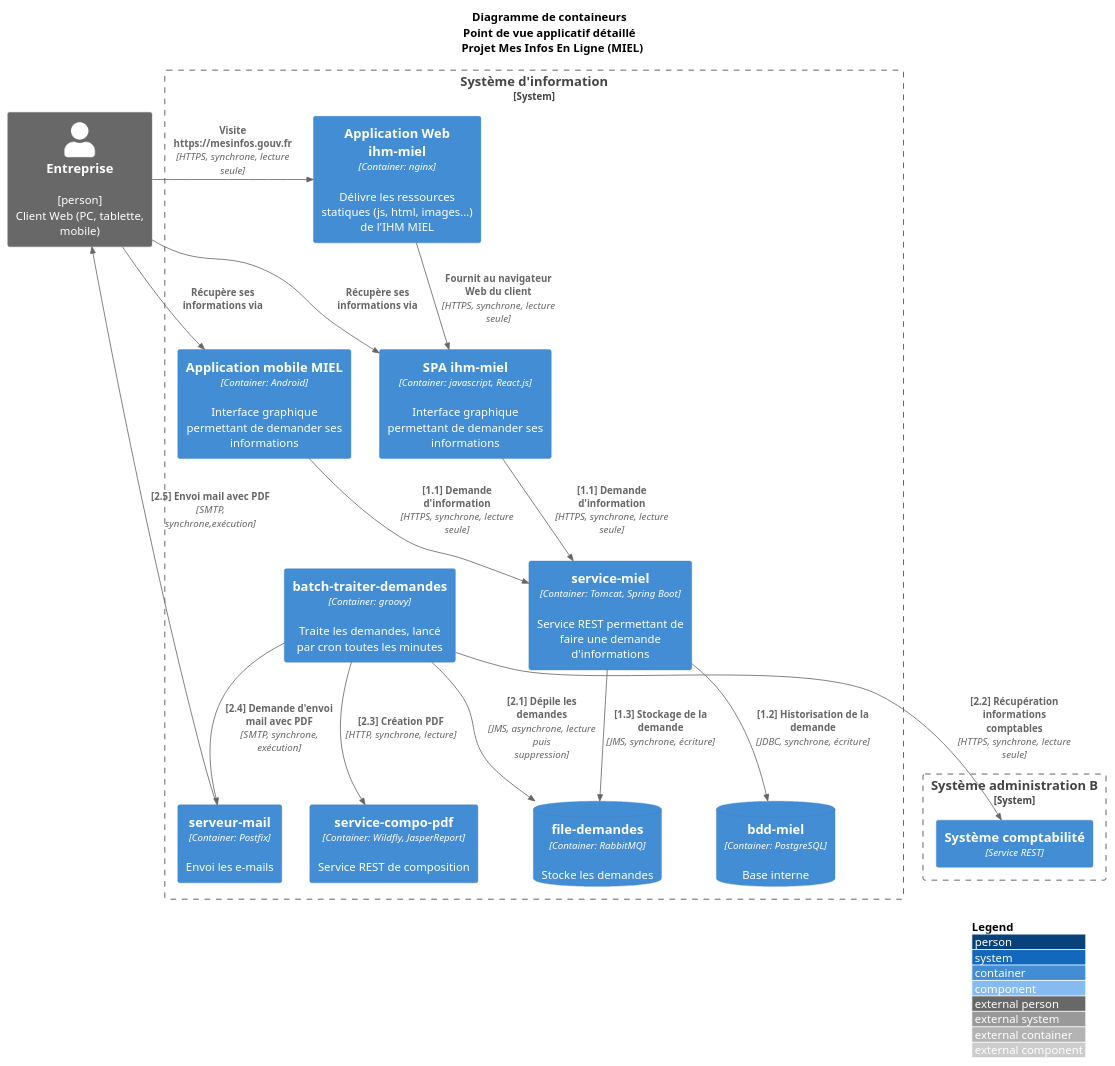
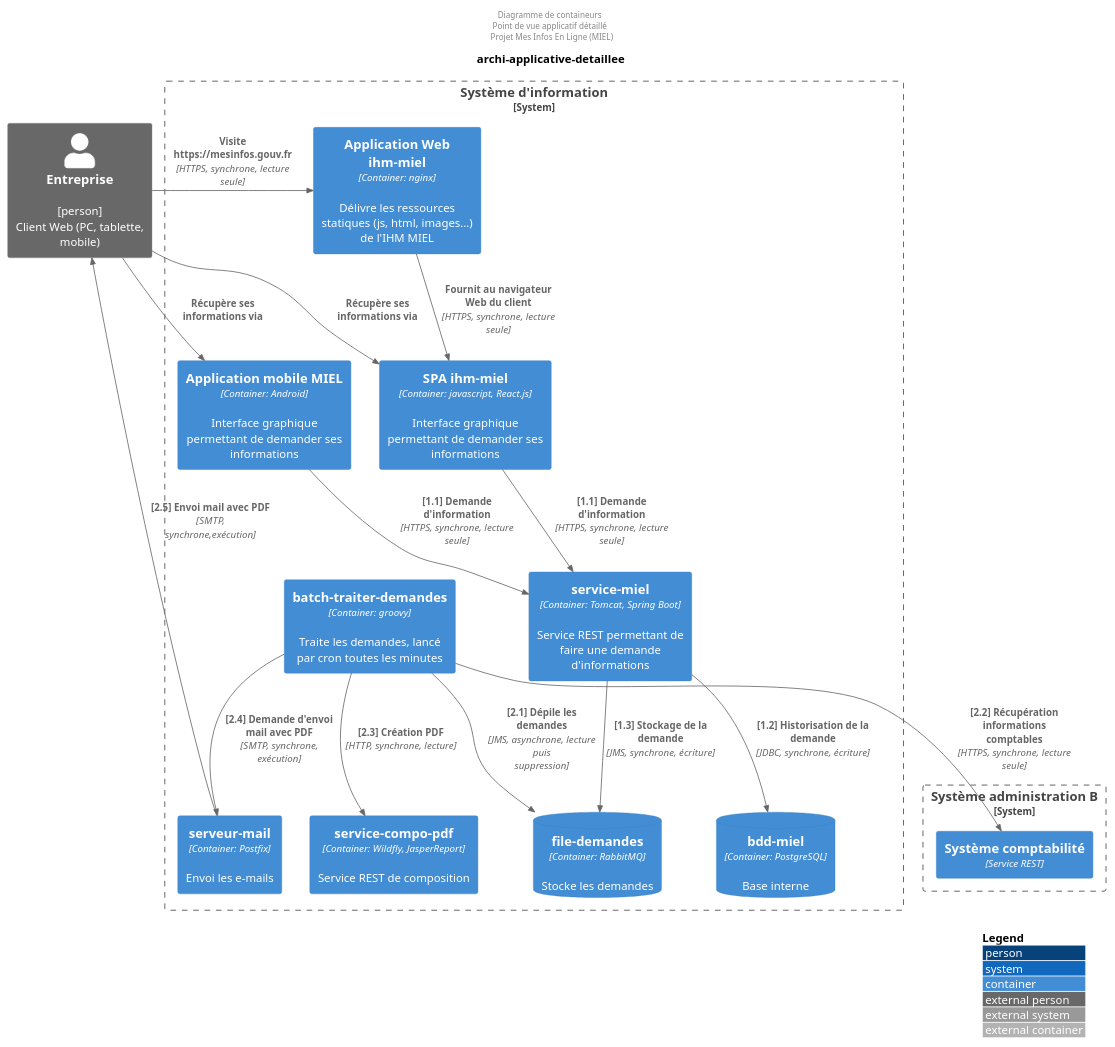
One commit to bflorat/modele-da changed the diagram in diagrams/archi-applicative-detaillee.puml. Above: the diagram before and after it, drawn with PlantUML. The commit also changed 11 other files, not shown here.

Commit message:
fix: correction schemas manquants

```diff
--- a/diagrams/archi-applicative-detaillee.puml
+++ b/diagrams/archi-applicative-detaillee.puml
@@ -1,38 +1,38 @@
 @startuml
-!include C4/C4_Component.puml
-title  Diagramme de containeurs \nPoint de vue applicatif détaillé \n Projet Mes Infos En Ligne (MIEL)
+!include C4/C4_Container.puml
+title  archi-applicative-detaillee
+header Diagramme de containeurs \nPoint de vue applicatif détaillé \n Projet Mes Infos En Ligne (MIEL)
 LAYOUT_WITH_LEGEND()
-'LAYOUT_LEFT_RIGHT
 Person_Ext(entreprise, "Entreprise","[person] \nClient Web (PC, tablette, mobile)")
 
 System_Boundary(administration, "Système administration B") {
     Container(scompta, "Système comptabilité","Service REST") 
 }
 
 System_Boundary(si, "Système d'information"){
     Container(resources_statiques, "Application Web ihm-miel", "Container: nginx","Délivre les ressources statiques (js, html, images...) de l'IHM MIEL")
     Container(spa, "SPA ihm-miel", "Container: javascript, React.js","Interface graphique permettant de demander ses informations")
     Container(mobile, "Application mobile MIEL", "Container: Android","Interface graphique permettant de demander ses informations")
     Container(sm, "service-miel", "Container: Tomcat, Spring Boot","Service REST permettant de faire une demande d'informations")
     Container(batch, "batch-traiter-demandes", "Container: groovy","Traite les demandes, lancé par cron toutes les minutes")
     ContainerDb(file,"file-demandes","Container: RabbitMQ","Stocke les demandes")
     ContainerDb(bdd,"bdd-miel","Container: PostgreSQL","Base interne")
     Container(compo,"service-compo-pdf","Container: Wildfly, JasperReport", "Service REST de composition")
     Container(smails,"serveur-mail","Container: Postfix","Envoi les e-mails")     
 }
 
 Rel(entreprise,resources_statiques,"Visite https://mesinfos.gouv.fr", "HTTPS, synchrone, lecture seule")
 Rel(entreprise,spa,"Récupère ses informations via")
 Rel(entreprise,mobile,"Récupère ses informations via")
 Rel(resources_statiques,spa,"Fournit au navigateur Web du client","HTTPS, synchrone, lecture seule")
 Rel(spa, sm, "[1.1] Demande d'information","HTTPS, synchrone, lecture seule")
 Rel(mobile, sm, "[1.1] Demande d'information","HTTPS, synchrone, lecture seule")
 Rel(sm, bdd, "[1.2] Historisation de la demande","JDBC, synchrone, écriture")
 Rel(sm, file, "[1.3] Stockage de la demande","JMS, synchrone, écriture")
 Rel(batch, file, "[2.1] Dépile les demandes","JMS, asynchrone, lecture puis suppression")
 Rel(batch, scompta, "[2.2] Récupération informations comptables","HTTPS, synchrone, lecture seule")
 Rel(batch, compo, "[2.3] Création PDF","HTTP, synchrone, lecture")
 Rel(batch, smails, "[2.4] Demande d'envoi mail avec PDF","SMTP, synchrone, exécution")
 Rel(smails, entreprise, "[2.5] Envoi mail avec PDF","SMTP, synchrone,exécution")
 
 @enduml
```
